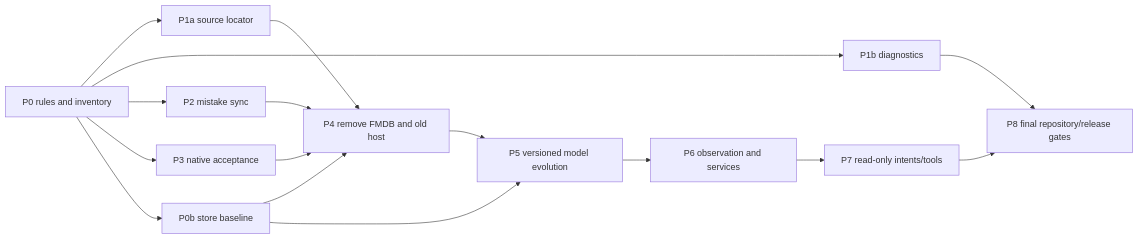
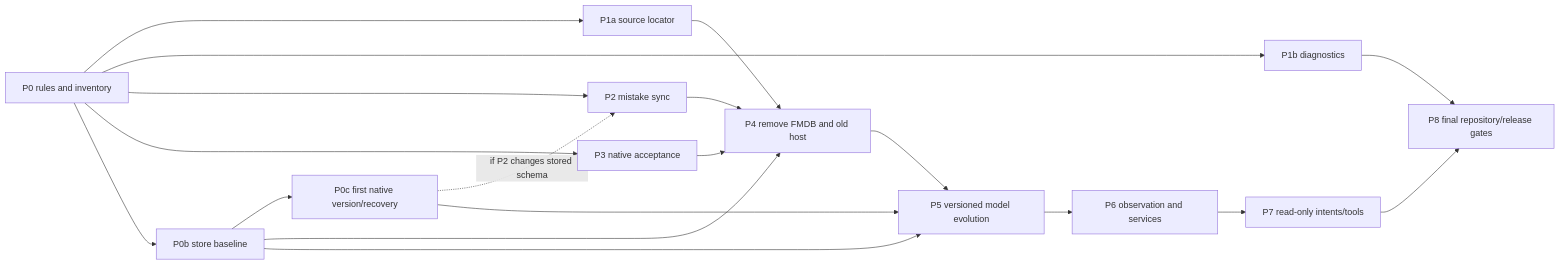
The diagram in Docs/Migration.md (Pedrexus/usagiunagi), drawn with Mermaid before and after one commit. The commit also changed other lines of this file and 4 other files, not shown here.

````diff
--- a/Docs/Migration.md
+++ b/Docs/Migration.md
@@ -170,18 +204,21 @@
 ```mermaid
 flowchart LR
   P0["P0 rules and inventory"] --> P1a["P1a source locator"]
   P0 --> P1b["P1b diagnostics"]
   P0 --> P2["P2 mistake sync"]
   P0 --> P3["P3 native acceptance"]
   P0 --> P0b["P0b store baseline"]
+  P0b --> P0c["P0c first native version/recovery"]
+  P0c -. "if P2 changes stored schema" .-> P2
   P1a --> P4["P4 remove FMDB and old host"]
   P2 --> P4
   P3 --> P4
   P0b --> P4
   P0b --> P5["P5 versioned model evolution"]
+  P0c --> P5
   P4 --> P5
   P5 --> P6["P6 observation and services"]
   P6 --> P7["P7 read-only intents/tools"]
   P1b --> P8["P8 final repository/release gates"]
   P7 --> P8
 ```
````
